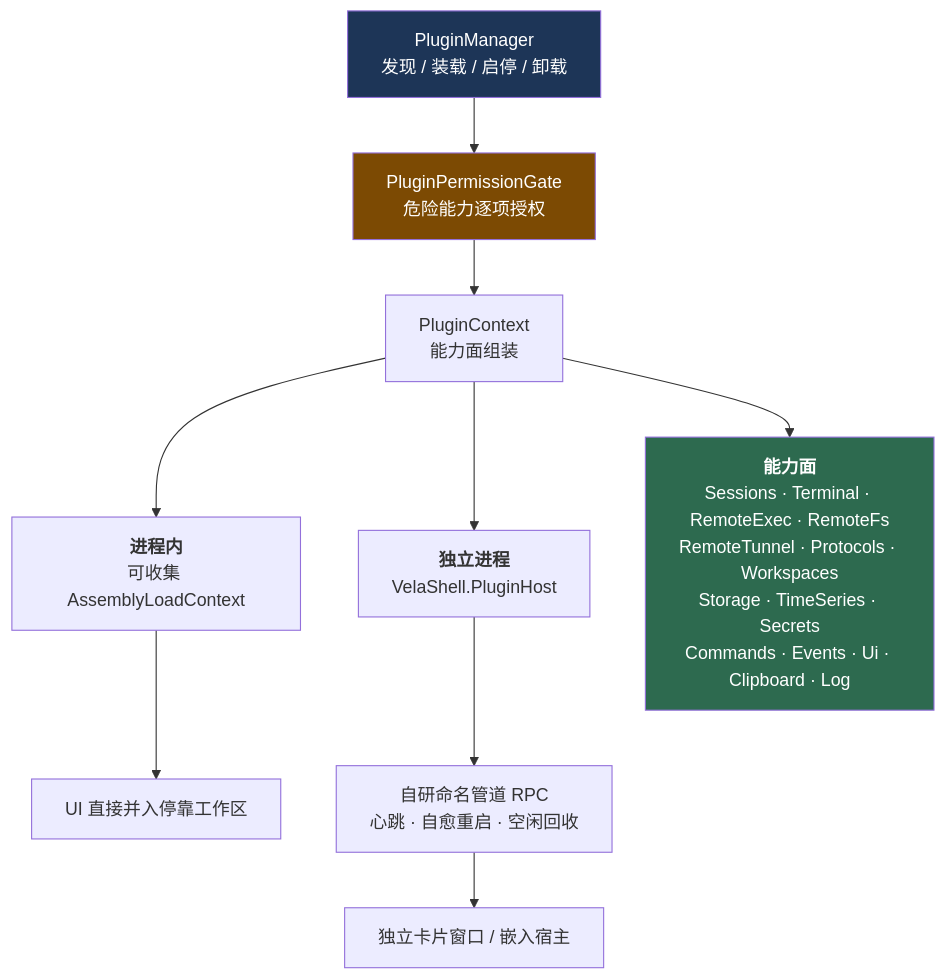
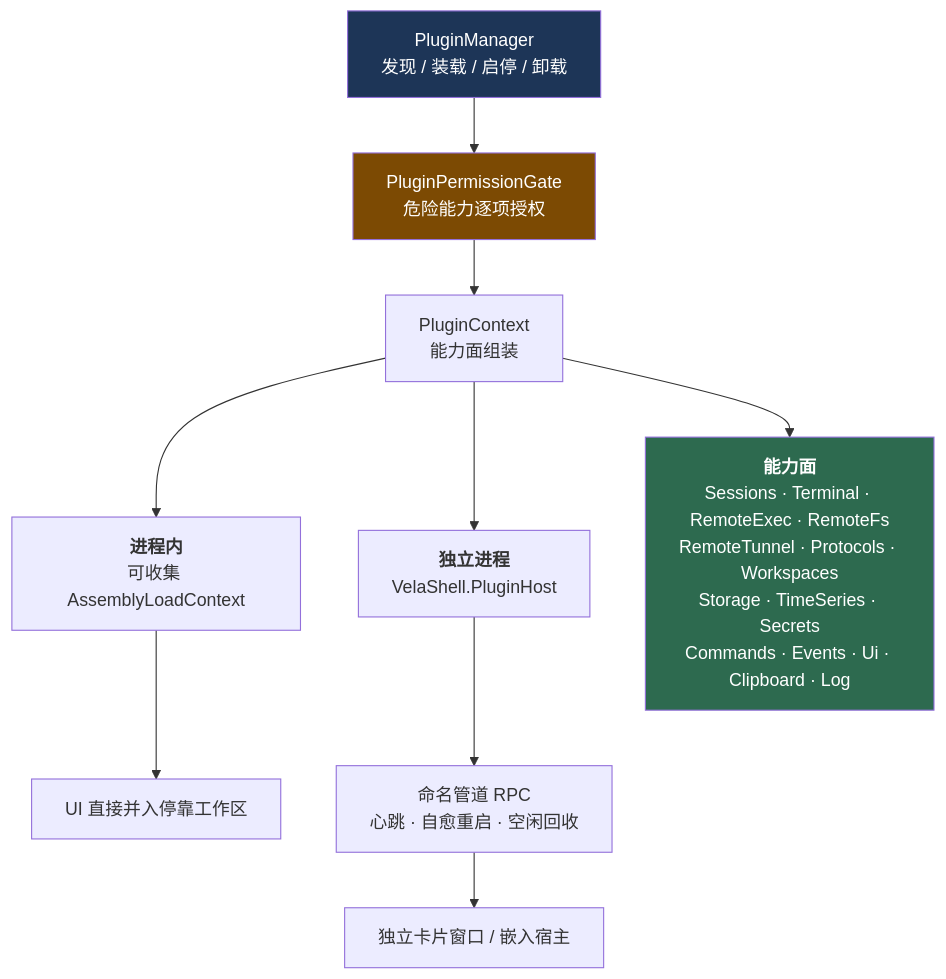
Before and after one commit to VelaShellLabs/velashell-docs: the fifth of 6 diagrams in zh/host/architecture.md, drawn with Mermaid. The commit also changed other lines of this file and 31 other files, not shown here.

````diff
--- a/zh/host/architecture.md
+++ b/zh/host/architecture.md
@@ -315,18 +315,18 @@
 ```mermaid
 flowchart TD
     PM["PluginManager<br/>发现 / 装载 / 启停 / 卸载"] --> Gate["PluginPermissionGate<br/>危险能力逐项授权"]
     Gate --> Ctx["PluginContext<br/>能力面组装"]
 
     Ctx --> InProc["<b>进程内</b><br/>可收集 AssemblyLoadContext"]
     Ctx --> Iso["<b>独立进程</b><br/>VelaShell.PluginHost"]
 
     InProc --> UI1["UI 直接并入停靠工作区"]
-    Iso --> RPC["自研命名管道 RPC<br/>心跳 · 自愈重启 · 空闲回收"]
+    Iso --> RPC["命名管道 RPC<br/>心跳 · 自愈重启 · 空闲回收"]
     RPC --> UI2["独立卡片窗口 / 嵌入宿主"]
 
     Ctx --> Caps["<b>能力面</b><br/>Sessions · Terminal · RemoteExec · RemoteFs<br/>RemoteTunnel · Protocols · Workspaces<br/>Storage · TimeSeries · Secrets<br/>Commands · Events · Ui · Clipboard · Log"]
 
     style PM fill:#1d3557,color:#fff
     style Gate fill:#7c4a03,color:#fff
     style Caps fill:#2d6a4f,color:#fff
 ```
````
